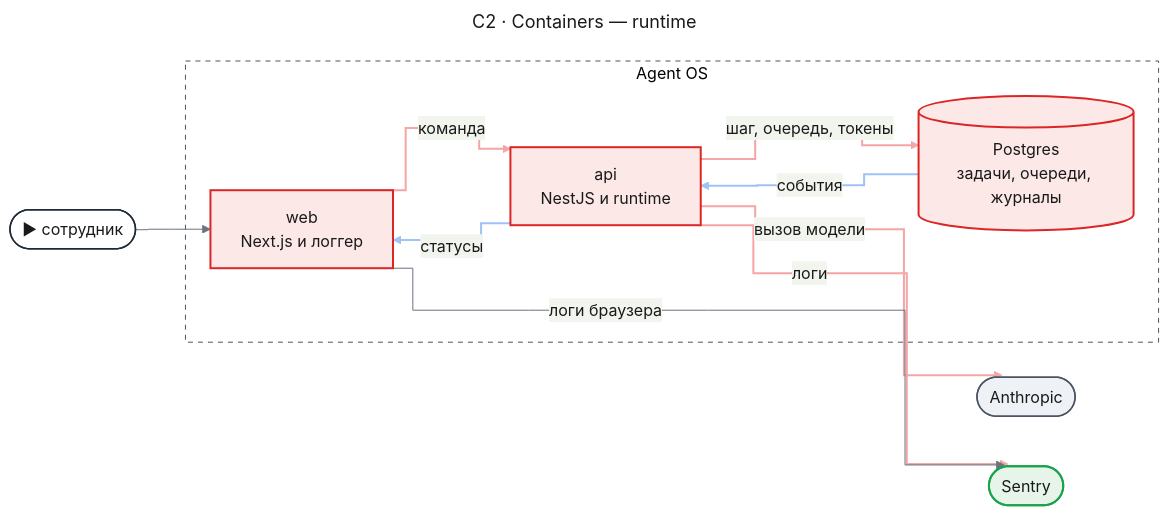
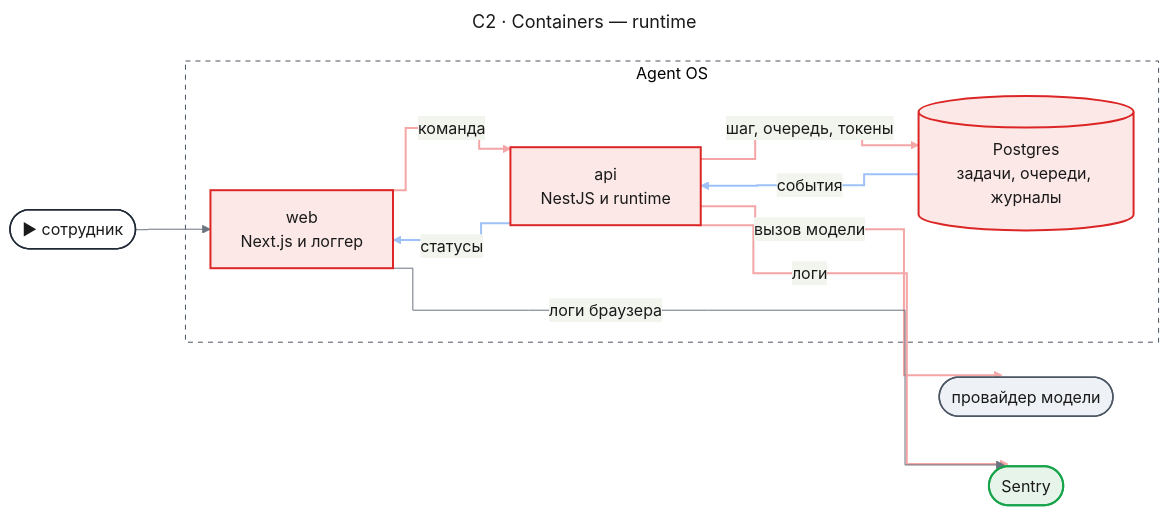
One commit to tundraray/agent-os changed the second of 12 diagrams in docs/features/agent-platform/design-runtime.md. Above: the diagram before and after it, drawn with Mermaid. The commit also changed other lines of this file and 1225 other files, not shown here.

````diff
--- a/docs/features/agent-platform/design-runtime.md
+++ b/docs/features/agent-platform/design-runtime.md
@@ -201,56 +193,56 @@
 ```mermaid
 ---
 title: "C2 · Containers — runtime"
 config:
   theme: base
   look: classic
   themeVariables:
     primaryColor: "#eef1f5"
     primaryBorderColor: "#4b5563"
     primaryTextColor: "#1a1a1a"
     lineColor: "#6b7280"
   flowchart:
     curve: step
   themeCSS: |
     @keyframes lit_c2{0%,15%{stroke:#991b1b;stroke-width:6px}16.67%,100%{stroke:#f4a5a5;stroke-width:2px}}
     @keyframes litr_c2{0%,15%{stroke:#1d4ed8;stroke-width:6px}16.67%,100%{stroke:#9ec1f7;stroke-width:2px}}
 ---
 flowchart LR
     entry(["▶ сотрудник"])
     subgraph aos["Agent OS"]
         web["web<br/>Next.js и логгер"]
         api["api<br/>NestJS и runtime"]
         db[("Postgres<br/>задачи, очереди, журналы")]
     end
-    llm(["Anthropic"])
+    llm(["провайдер модели"])
     sentry(["Sentry"])
     entry --> web
     web e1@-->|"команда"| api
     api e2@-->|"вызов модели"| llm
     api e3@-->|"шаг, очередь, токены"| db
     api e4@-->|"логи"| sentry
     db e5@-->|"события"| api
     api e6@-->|"статусы"| web
     web -->|"логи браузера"| sentry
     style aos fill:none,stroke:#4b5563,stroke-dasharray:5 5
     classDef entry fill:#ffffff,stroke:#1f2937,stroke-width:1.5px,color:#1a1a1a
     classDef changed fill:#fde8e8,stroke:#dc2626,stroke-width:2px,color:#1a1a1a
     classDef new fill:#e6f4ea,stroke:#16a34a,stroke-width:2px,color:#1a1a1a
     classDef unchanged fill:#eef1f5,stroke:#4b5563,stroke-width:1.5px,color:#1a1a1a
     classDef w1 stroke:#f4a5a5,stroke-width:2px,animation:lit_c2 7.2s linear 0s infinite
     classDef w2 stroke:#f4a5a5,stroke-width:2px,animation:lit_c2 7.2s linear 1.2s infinite
     classDef w3 stroke:#f4a5a5,stroke-width:2px,animation:lit_c2 7.2s linear 2.4s infinite
     classDef w4 stroke:#f4a5a5,stroke-width:2px,animation:lit_c2 7.2s linear 3.6s infinite
     classDef r1 stroke:#9ec1f7,stroke-width:2px,animation:litr_c2 7.2s linear 4.8s infinite
     classDef r2 stroke:#9ec1f7,stroke-width:2px,animation:litr_c2 7.2s linear 6s infinite
     class entry entry
     class web,api,db changed
     class sentry new
     class llm unchanged
     class e1 w1
     class e2 w2
     class e3 w3
     class e4 w4
     class e5 r1
     class e6 r2
 ```
````
